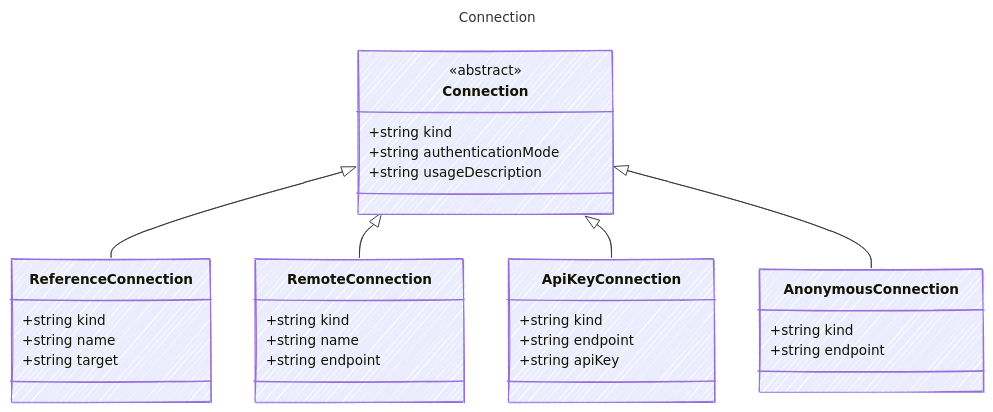
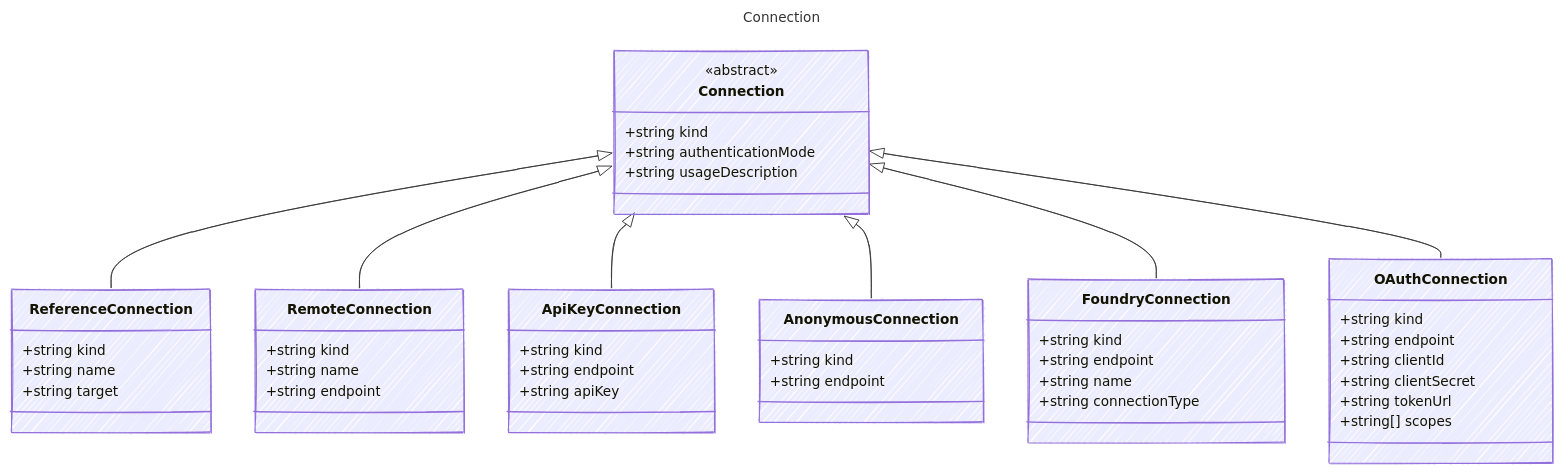
One commit to microsoft/AgentSchema changed the diagram in docs/src/content/docs/reference/Connection.md. Above: the diagram before and after it, drawn with Mermaid. The commit also changed other lines of this file and 68 other files, not shown here.

First line of the commit message:
feat: Add FoundryConnection and OAuthConnection types

````diff
--- a/docs/src/content/docs/reference/Connection.md
+++ b/docs/src/content/docs/reference/Connection.md
@@ -13,40 +13,56 @@
 ```mermaid
 ---
 title: Connection
 config:
   look: handDrawn
   theme: colorful
   class:
     hideEmptyMembersBox: true
 ---
 classDiagram
     class Connection {
       <<abstract>>
         +string kind
         +string authenticationMode
         +string usageDescription
     }
     class ReferenceConnection {
         +string kind
         +string name
         +string target
     }
     Connection <|-- ReferenceConnection
     class RemoteConnection {
         +string kind
         +string name
         +string endpoint
     }
     Connection <|-- RemoteConnection
     class ApiKeyConnection {
         +string kind
         +string endpoint
         +string apiKey
     }
     Connection <|-- ApiKeyConnection
     class AnonymousConnection {
         +string kind
         +string endpoint
     }
     Connection <|-- AnonymousConnection
+    class FoundryConnection {
+        +string kind
+        +string endpoint
+        +string name
+        +string connectionType
+    }
+    Connection <|-- FoundryConnection
+    class OAuthConnection {
+        +string kind
+        +string endpoint
+        +string clientId
+        +string clientSecret
+        +string tokenUrl
+        +string[] scopes
+    }
+    Connection <|-- OAuthConnection
 ```
````
